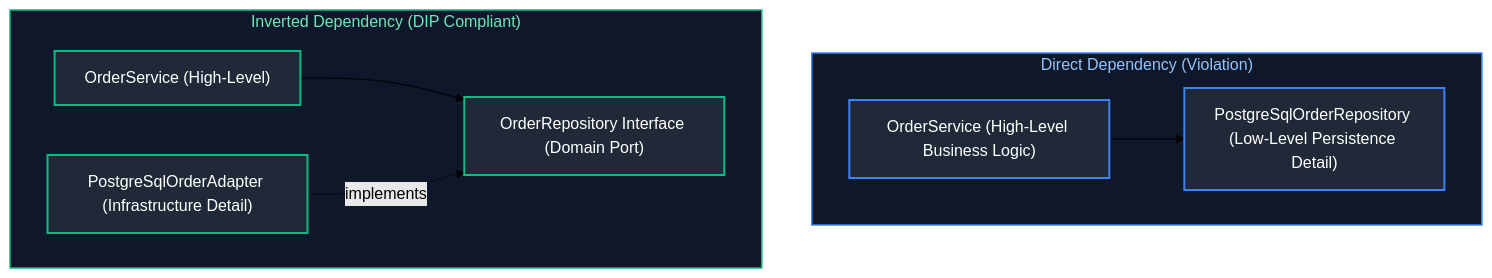
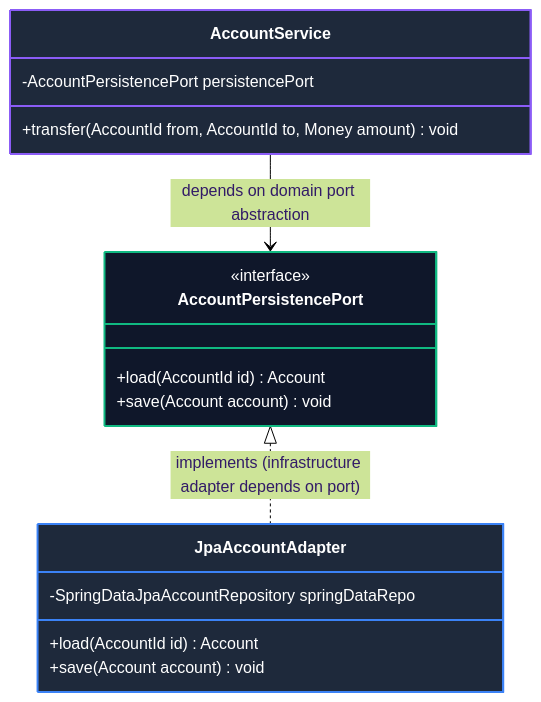
The fifth of 22 diagrams in Java Backend Engineering/06_design_patterns_solid_software_architecture.md (joydeep-biswas/Interview-Preparation), drawn with Mermaid (forest theme) before and after one commit. The commit also changed other lines of this file and 76 other files, not shown here.

Commit message:
Updated Charts

````diff
--- a/Java Backend Engineering/06_design_patterns_solid_software_architecture.md
+++ b/Java Backend Engineering/06_design_patterns_solid_software_architecture.md
@@ -342,20 +396,25 @@
 ```mermaid
-flowchart TD
-    subgraph Traditional_Tightly_Coupled["Direct Dependency (Violation)"]
-        HighLevel1["OrderService (High-Level Business Logic)"] --> LowLevel1["PostgreSqlOrderRepository (Low-Level Persistence Detail)"]
-    end
+classDiagram
+    direction TB
+    class AccountService {
+        -AccountPersistencePort persistencePort
+        +transfer(AccountId from, AccountId to, Money amount) void
+    }
+    class AccountPersistencePort {
+        <<interface>>
+        +load(AccountId id) Account
+        +save(Account account) void
+    }
+    class JpaAccountAdapter {
+        -SpringDataJpaAccountRepository springDataRepo
+        +load(AccountId id) Account
+        +save(Account account) void
+    }
 
-    subgraph Dependency_Inversion["Inverted Dependency (DIP Compliant)"]
-        HighLevel2["OrderService (High-Level)"] --> Abstraction["OrderRepository Interface (Domain Port)"]
-        LowLevel2["PostgreSqlOrderAdapter (Infrastructure Detail)"] -.->|implements| Abstraction
-    end
+    AccountService --> AccountPersistencePort : depends on domain port abstraction
+    AccountPersistencePort <|.. JpaAccountAdapter : implements (infrastructure adapter depends on port)
 
-    style Traditional_Tightly_Coupled fill:#0f172a,stroke:#3b82f6,stroke-width:1.5px,color:#93c5fd
-    style Dependency_Inversion fill:#0f172a,stroke:#10b981,stroke-width:1.5px,color:#6ee7b7
-
-    style HighLevel1 fill:#1f2937,stroke:#3b82f6,stroke-width:2px,color:#fff
-    style LowLevel1 fill:#1f2937,stroke:#3b82f6,stroke-width:2px,color:#fff
-    style HighLevel2 fill:#1f2937,stroke:#10b981,stroke-width:2px,color:#fff
-    style Abstraction fill:#1f2937,stroke:#10b981,stroke-width:2px,color:#fff
-    style LowLevel2 fill:#1f2937,stroke:#10b981,stroke-width:2px,color:#fff
+    style AccountService fill:#1e293b,stroke:#8b5cf6,stroke-width:2px,color:#ffffff
+    style AccountPersistencePort fill:#0f172a,stroke:#10b981,stroke-width:2px,color:#ffffff
+    style JpaAccountAdapter fill:#1e293b,stroke:#3b82f6,stroke-width:2px,color:#ffffff
 ```
````
